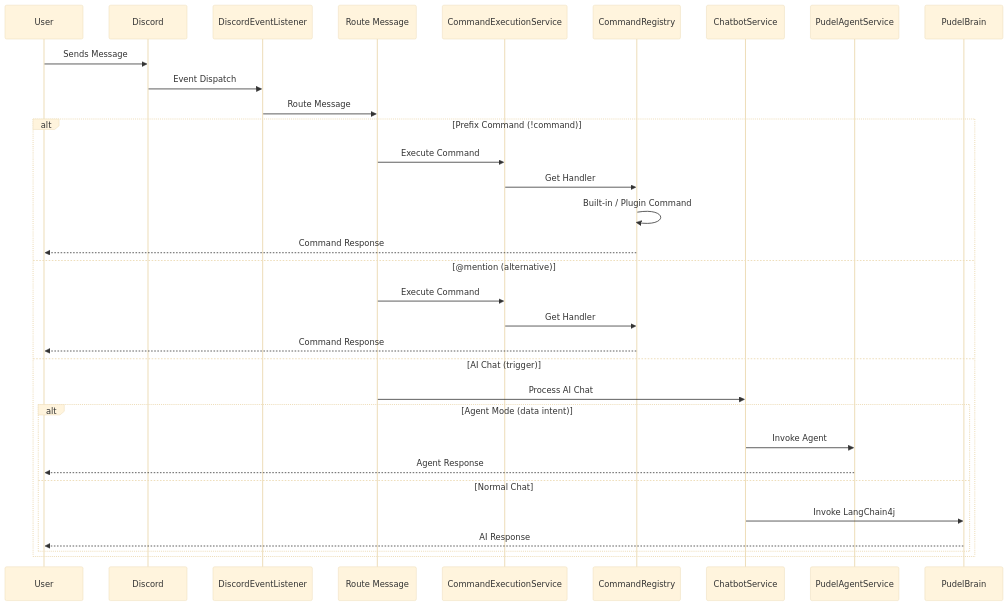
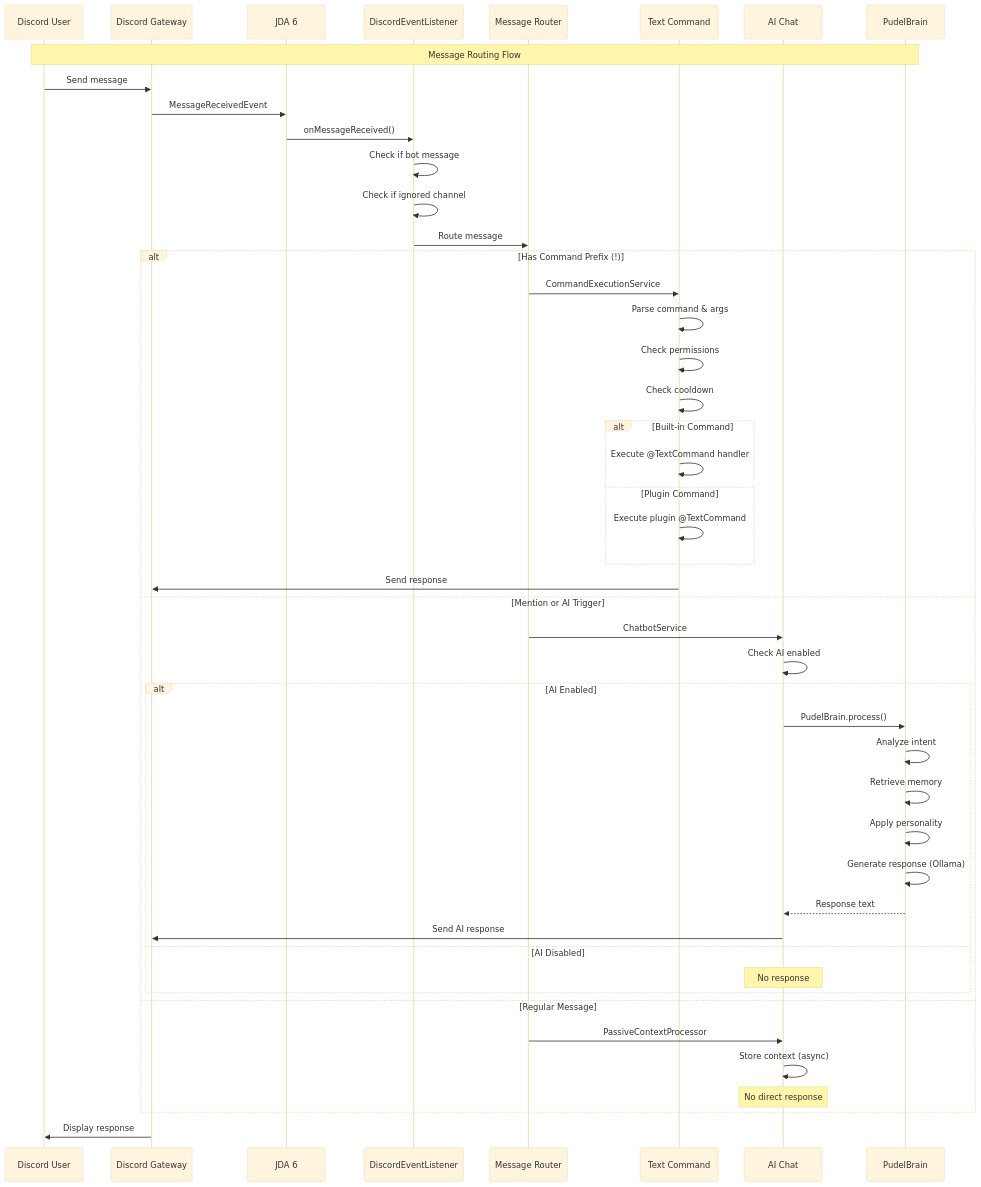
One commit to Zazalng/Pudel-Spring-Boot changed the diagram in docs/flowchart/architecture/DiscordMessageFlow.mermaid. Above: the diagram before and after it, drawn with Mermaid (base theme). The commit also changed 57 other files, not shown here.

```diff
--- a/docs/flowchart/architecture/DiscordMessageFlow.mermaid
+++ b/docs/flowchart/architecture/DiscordMessageFlow.mermaid
@@ -1,34 +1,60 @@
+%% Pudel Discord Message Flow v2.0.0
+
 sequenceDiagram
-    participant User
-    participant Discord
+    participant User as Discord User
+    participant Discord as Discord Gateway
+    participant JDA as JDA 6
     participant Listener as DiscordEventListener
-    participant Router as Route Message
-    participant CmdExec as CommandExecutionService
-    participant Registry as CommandRegistry
-    participant Chatbot as ChatbotService
-    participant Agent as PudelAgentService
+    participant Router as Message Router
+    participant Prefix as Text Command
+    participant AI as AI Chat
     participant Brain as PudelBrain
 
-    User->>Discord: Sends Message
-    Discord->>Listener: Event Dispatch
-    Listener->>Router: Route Message
+    Note over User,Brain: Message Routing Flow
 
-    alt Prefix Command (!command)
-        Router->>CmdExec: Execute Command
-        CmdExec->>Registry: Get Handler
-        Registry->>Registry: Built-in / Plugin Command
-        Registry-->>User: Command Response
-    else @mention (alternative)
-        Router->>CmdExec: Execute Command
-        CmdExec->>Registry: Get Handler
-        Registry-->>User: Command Response
-    else AI Chat (trigger)
-        Router->>Chatbot: Process AI Chat
-        alt Agent Mode (data intent)
-            Chatbot->>Agent: Invoke Agent
-            Agent-->>User: Agent Response
-        else Normal Chat
-            Chatbot->>Brain: Invoke LangChain4j
-            Brain-->>User: AI Response
+    User->>Discord: Send message
+    Discord->>JDA: MessageReceivedEvent
+    JDA->>Listener: onMessageReceived()
+
+    Listener->>Listener: Check if bot message
+    Listener->>Listener: Check if ignored channel
+
+    Listener->>Router: Route message
+
+    alt Has Command Prefix (!)
+        Router->>Prefix: CommandExecutionService
+        Prefix->>Prefix: Parse command & args
+        Prefix->>Prefix: Check permissions
+        Prefix->>Prefix: Check cooldown
+
+        alt Built-in Command
+            Prefix->>Prefix: Execute @TextCommand handler
+        else Plugin Command
+            Prefix->>Prefix: Execute plugin @TextCommand
         end
+
+        Prefix->>Discord: Send response
+
+    else Mention or AI Trigger
+        Router->>AI: ChatbotService
+        AI->>AI: Check AI enabled
+
+        alt AI Enabled
+            AI->>Brain: PudelBrain.process()
+            Brain->>Brain: Analyze intent
+            Brain->>Brain: Retrieve memory
+            Brain->>Brain: Apply personality
+            Brain->>Brain: Generate response (Ollama)
+            Brain-->>AI: Response text
+            AI->>Discord: Send AI response
+        else AI Disabled
+            Note over AI: No response
+        end
+
+    else Regular Message
+        Router->>AI: PassiveContextProcessor
+        AI->>AI: Store context (async)
+        Note over AI: No direct response
     end
+
+    Discord->>User: Display response
```
